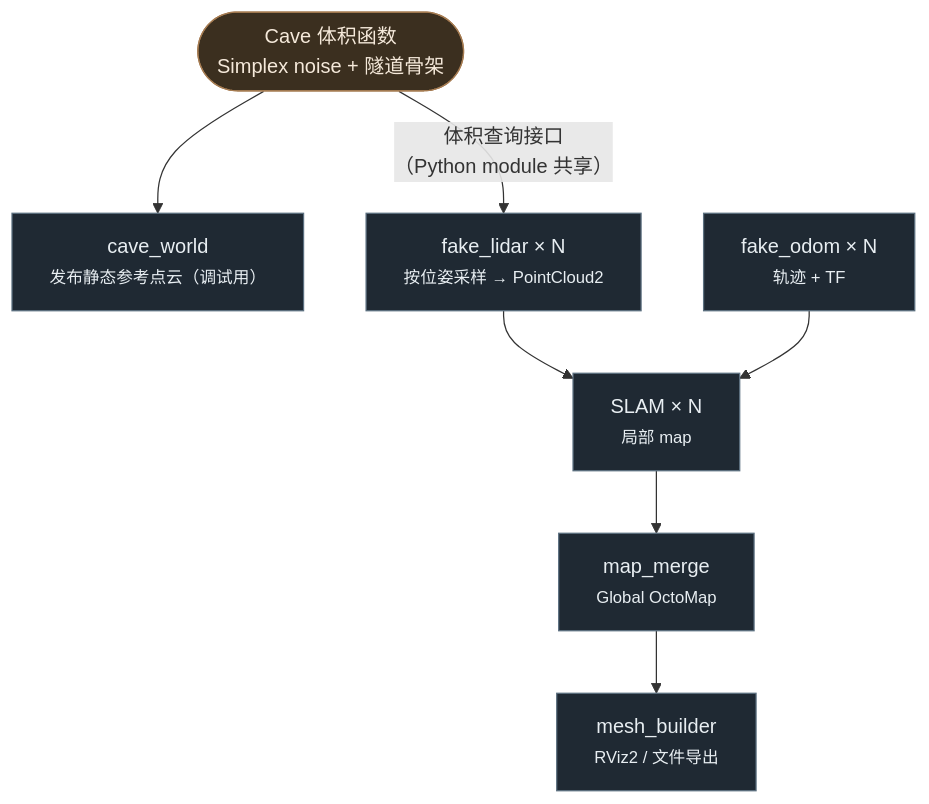
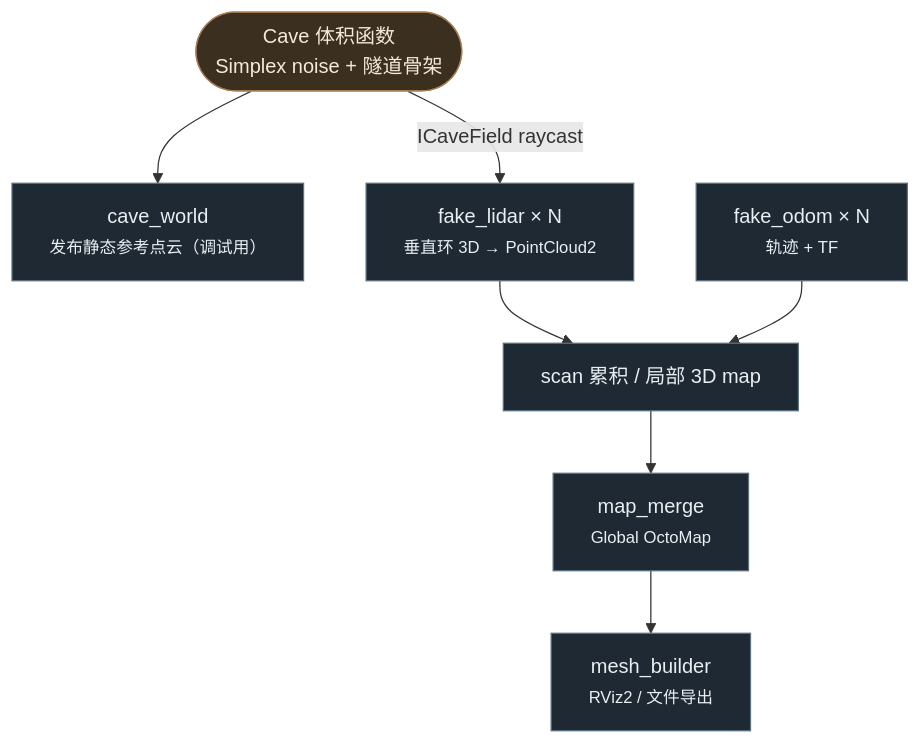
The second of 4 diagrams in docs/xenomorph-scanner-plan.md (qian-loong/alien_scanner), drawn with Mermaid before and after one commit. The commit also changed other lines of this file and 49 other files, not shown here.

````diff
--- a/docs/xenomorph-scanner-plan.md
+++ b/docs/xenomorph-scanner-plan.md
@@ -514,22 +279,22 @@
 ```mermaid
 flowchart TD
     VOL(["Cave 体积函数<br/>Simplex noise + 隧道骨架"])
     CW["cave_world<br/><small>发布静态参考点云（调试用）</small>"]
-    LIDAR["fake_lidar × N<br/><small>按位姿采样 → PointCloud2</small>"]
+    LIDAR["fake_lidar × N<br/><small>垂直环 3D → PointCloud2</small>"]
     ODOM["fake_odom × N<br/><small>轨迹 + TF</small>"]
-    SLAM["SLAM × N<br/><small>局部 map</small>"]
+    ACCUM["scan 累积 / 局部 3D map"]
     MERGE["map_merge<br/><small>Global OctoMap</small>"]
     MESH["mesh_builder<br/><small>RViz2 / 文件导出</small>"]
 
     VOL --> CW
-    VOL -->|"体积查询接口<br/>（Python module 共享）"| LIDAR
-    LIDAR --> SLAM
-    ODOM --> SLAM
-    SLAM --> MERGE
+    VOL -->|"ICaveField raycast"| LIDAR
+    LIDAR --> ACCUM
+    ODOM --> ACCUM
+    ACCUM --> MERGE
     MERGE --> MESH
 
     classDef src fill:#3b2f1f,stroke:#a67c52,color:#f5e9da;
     classDef node fill:#1f2933,stroke:#5c7080,color:#e8eef2;
     class VOL src;
-    class CW,LIDAR,ODOM,SLAM,MERGE,MESH node;
+    class CW,LIDAR,ODOM,ACCUM,MERGE,MESH node;
 ```
````
